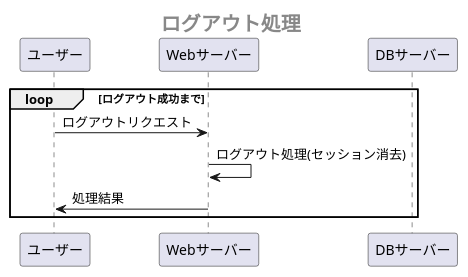
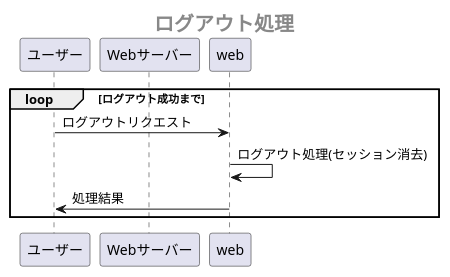
One commit to Aso2001385/NAISA changed the third of 6 diagrams in 設計書/02_業務フロー/2021-12-22BusinessFlow.md. Above: the diagram before and after it, drawn with PlantUML.

````diff
--- a/設計書/02_業務フロー/2021-12-22BusinessFlow.md
+++ b/設計書/02_業務フロー/2021-12-22BusinessFlow.md
@@ -62,15 +62,14 @@
 ```uml
 @startuml
  center header <size:20><b>ログアウト処理</b></size>
  
  participant ユーザー as user
- participant Webサーバー as web
- participant DBサーバー as db
+ participant Webサーバー as we
  
  loop ログアウト成功まで
   user -> web:ログアウトリクエスト
   web -> web:ログアウト処理(セッション消去)
   web -> user:処理結果
  end
 @enduml
 ```
````
